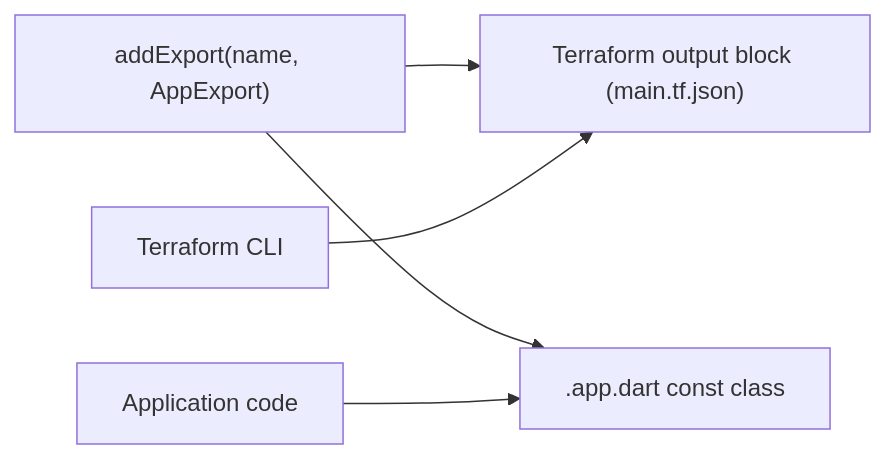
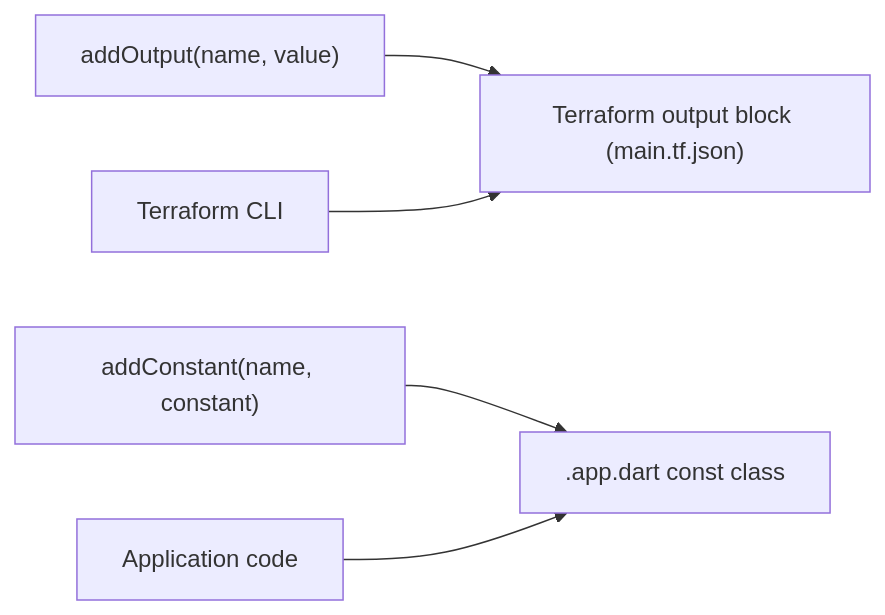
One commit to nozomi-koborinai/terradart changed the third of 3 diagrams in website/src/content/docs/docs/architecture.mdx. Above: the diagram before and after it, drawn with Mermaid. The commit also changed other lines of this file and 114 other files, not shown here.

First line of the commit message:
feat(core)!: replace addExport with addOutput and a sealed addConstant (#815)

````diff
--- a/website/src/content/docs/docs/architecture.mdx
+++ b/website/src/content/docs/docs/architecture.mdx
@@ -99,8 +99,7 @@
 ```mermaid
 graph LR
-  AE["addExport(name, AppExport)"]
-  AE --> TFO["Terraform output block (main.tf.json)"]
-  AE --> DC[".app.dart const class"]
+  AO["addOutput(name, value)"] --> TFO["Terraform output block (main.tf.json)"]
+  AC["addConstant(name, constant)"] --> DC[".app.dart const class"]
   ST[Application code] --> DC
   TF[Terraform CLI] --> TFO
 ```
````
